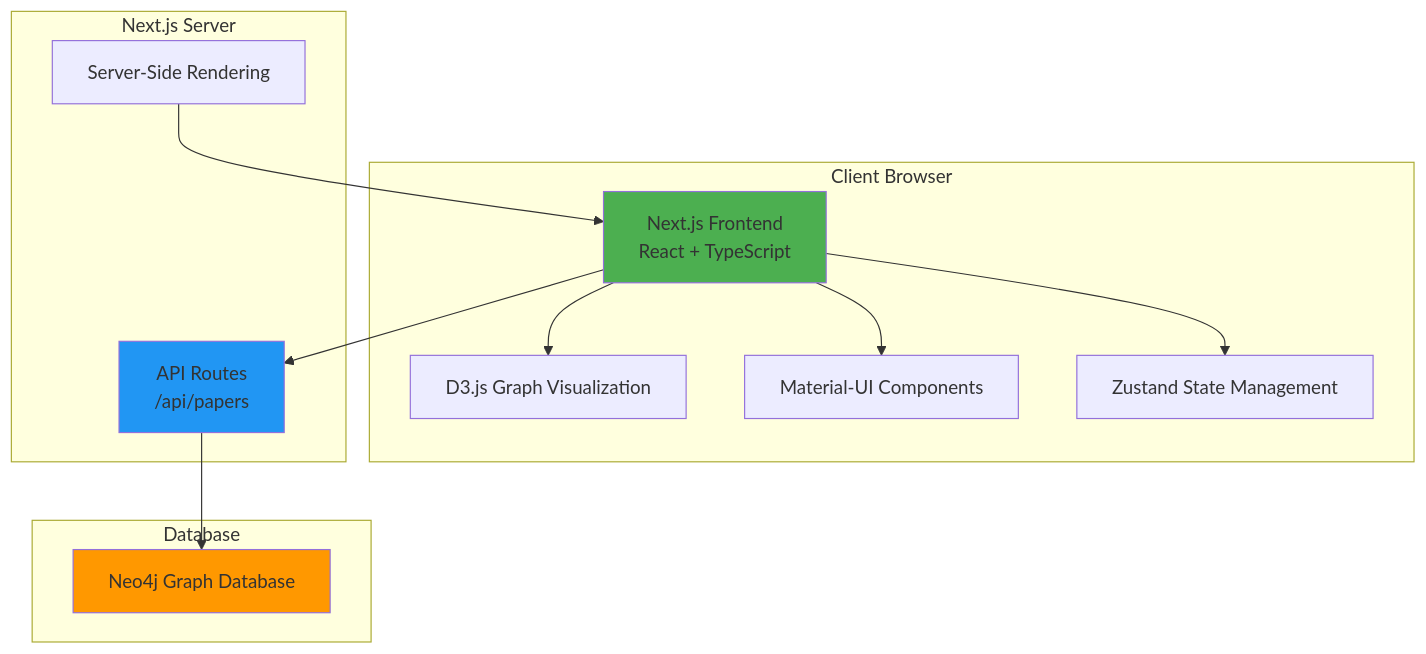
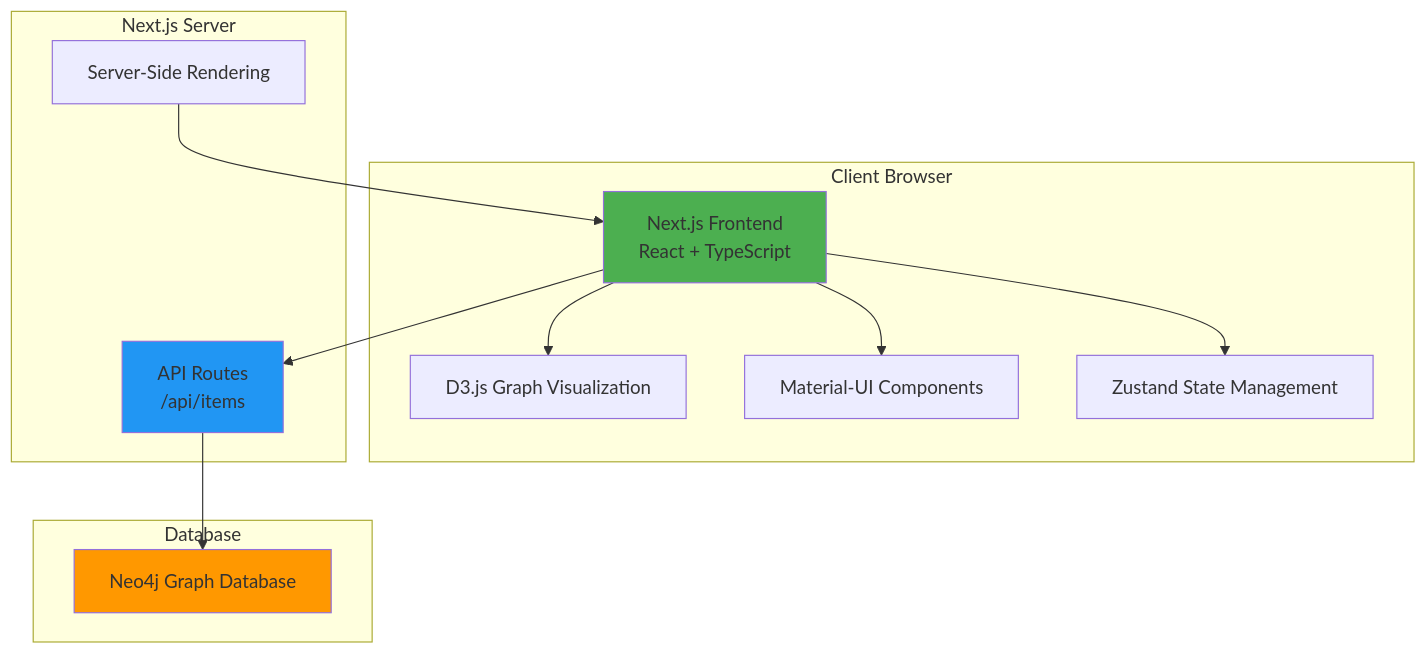
One commit to AstraZeneca/ontoverse-app changed the first of 11 diagrams in ARCHITECTURE_DIAGRAMS.md. Above: the diagram before and after it, drawn with Mermaid. The commit also changed other lines of this file and 13 other files, not shown here.

````diff
--- a/ARCHITECTURE_DIAGRAMS.md
+++ b/ARCHITECTURE_DIAGRAMS.md
@@ -20,29 +20,29 @@
 ```mermaid
 graph TB
     subgraph "Client Browser"
         A[Next.js Frontend<br/>React + TypeScript]
         B[D3.js Graph Visualization]
         C[Material-UI Components]
         D[Zustand State Management]
     end
     
     subgraph "Next.js Server"
-        E[API Routes<br/>/api/papers]
+        E[API Routes<br/>/api/items]
         F[Server-Side Rendering]
     end
     
     subgraph "Database"
         G[Neo4j Graph Database]
     end
     
     A --> B
     A --> C
     A --> D
     A --> E
     E --> G
     F --> A
     
     style A fill:#4CAF50
     style E fill:#2196F3
     style G fill:#FF9800
 ```
````
